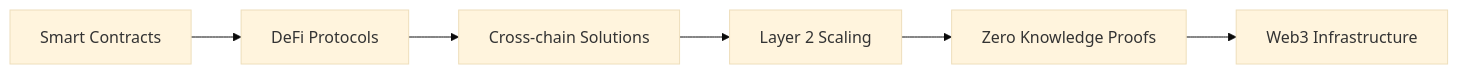
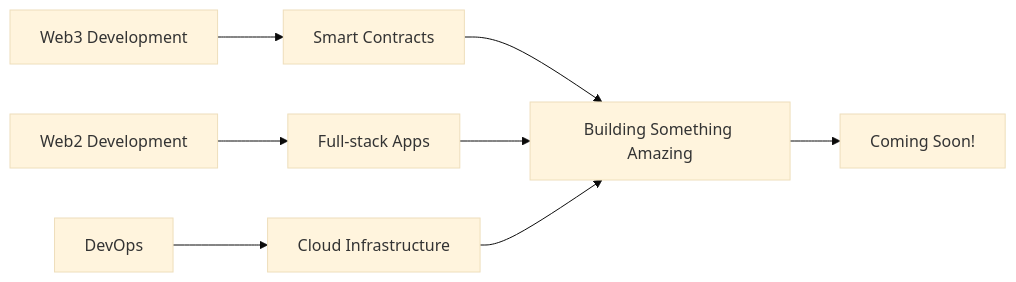
The diagram in README.md (YogeshK34/YogeshK34), drawn with Mermaid (base theme) before and after one commit. The commit also changed other lines of this file, not shown here.

````diff
--- a/README.md
+++ b/README.md
@@ -75,8 +85,10 @@
 ```mermaid
 graph LR
-    A[Smart Contracts] --> B[DeFi Protocols]
-    B --> C[Cross-chain Solutions]
-    C --> D[Layer 2 Scaling]
-    D --> E[Zero Knowledge Proofs]
-    E --> F[Web3 Infrastructure]
+    A[Web3 Development] --> B[Smart Contracts]
+    C[Web2 Development] --> D[Full-stack Apps]
+    E[DevOps] --> F[Cloud Infrastructure]
+    B --> G[Building Something Amazing]
+    D --> G
+    F --> G
+    G --> H[Coming Soon!]
 ```
````
